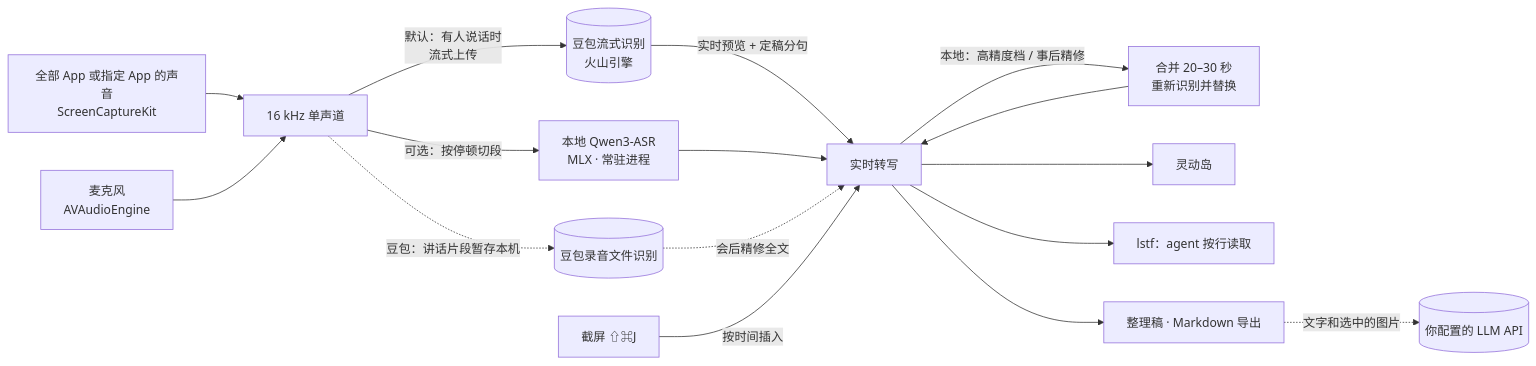
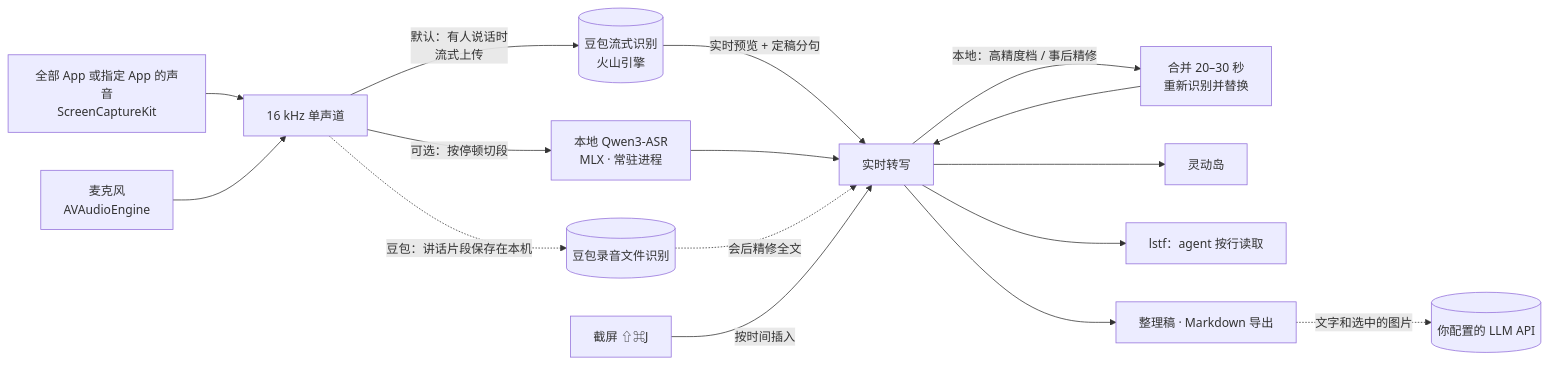
Before and after one commit to starsalwaysineyes/listenflow: the diagram in README.md, drawn with Mermaid. The commit also changed other lines of this file and 11 other files, not shown here.

````diff
--- a/README.md
+++ b/README.md
@@ -103,18 +103,18 @@
 ```mermaid
 flowchart LR
     A["全部 App 或指定 App 的声音<br/>ScreenCaptureKit"] --> C
     B["麦克风<br/>AVAudioEngine"] --> C
     C["16 kHz 单声道"] -->|"默认：有人说话时<br/>流式上传"| V[("豆包流式识别<br/>火山引擎")]
     V -->|"实时预览 + 定稿分句"| E["实时转写"]
     C -->|"可选：按停顿切段"| D["本地 Qwen3-ASR<br/>MLX · 常驻进程"]
     D --> E
     E -->|"本地：高精度档 / 事后精修"| F["合并 20–30 秒<br/>重新识别并替换"]
     F --> E
-    C -.->|"豆包：讲话片段暂存本机"| R[("豆包录音文件识别")]
+    C -.->|"豆包：讲话片段保存在本机"| R[("豆包录音文件识别")]
     R -.->|"会后精修全文"| E
     E --> G["灵动岛"]
     S["截屏 ⇧⌘J"] -->|"按时间插入"| E
     E --> H["lstf：agent 按行读取"]
     E --> I["整理稿 · Markdown 导出"]
     I -.->|"文字和选中的图片"| J[("你配置的 LLM API")]
 ```
````
